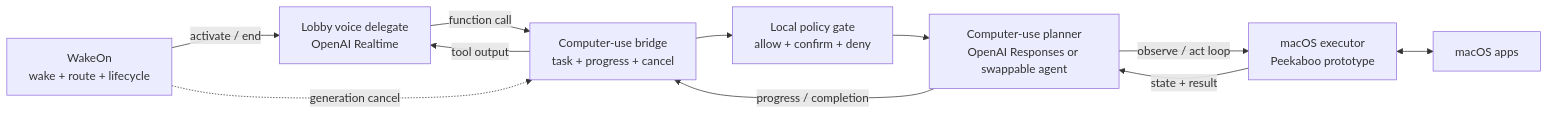
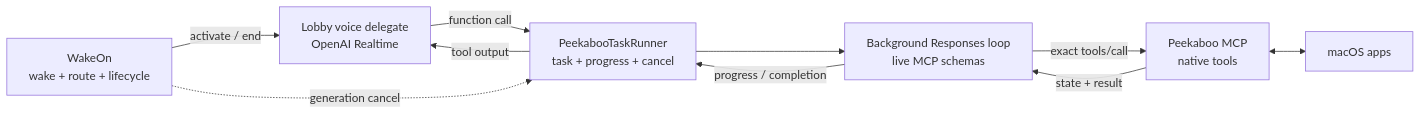
The diagram in docs/research/computer-use-systems.md (kamikaz1k/wake-on), drawn with Mermaid before and after one commit. The commit also changed other lines of this file and 31 other files, not shown here.

Commit message:
Add async Peekaboo computer tasks

````diff
--- a/docs/research/computer-use-systems.md
+++ b/docs/research/computer-use-systems.md
@@ -11,21 +11,19 @@
 ```mermaid
 flowchart LR
     Wake["WakeOn<br/>wake + route + lifecycle"]
     Voice["Lobby voice delegate<br/>OpenAI Realtime"]
-    Bridge["Computer-use bridge<br/>task + progress + cancel"]
-    Policy["Local policy gate<br/>allow + confirm + deny"]
-    Planner["Computer-use planner<br/>OpenAI Responses or swappable agent"]
-    Driver["macOS executor<br/>Peekaboo prototype"]
+    Bridge["PeekabooTaskRunner<br/>task + progress + cancel"]
+    Planner["Background Responses loop<br/>live MCP schemas"]
+    Driver["Peekaboo MCP<br/>native tools"]
     Mac["macOS apps"]
 
     Wake -->|"activate / end"| Voice
     Voice -->|"function call"| Bridge
-    Bridge --> Policy
-    Policy --> Planner
-    Planner -->|"observe / act loop"| Driver
+    Bridge --> Planner
+    Planner -->|"exact tools/call"| Driver
     Driver <--> Mac
     Driver -->|"state + result"| Planner
     Planner -->|"progress / completion"| Bridge
     Bridge -->|"tool output"| Voice
     Wake -.->|"generation cancel"| Bridge
 ```
````
